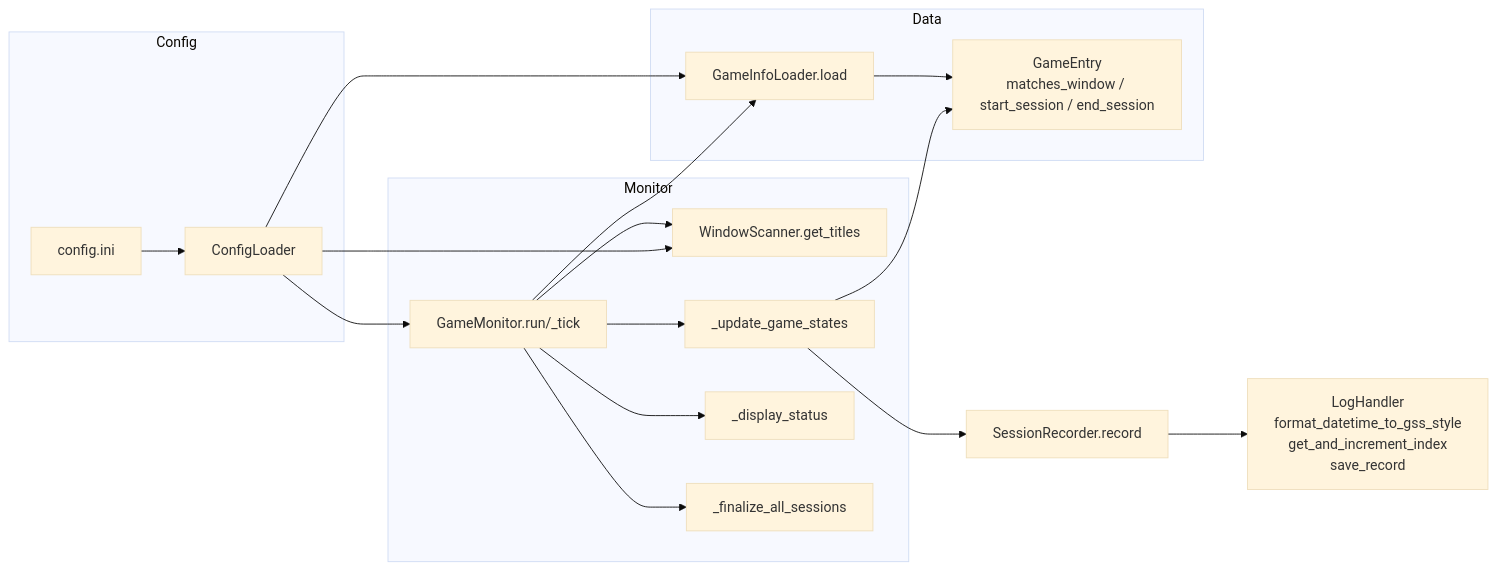
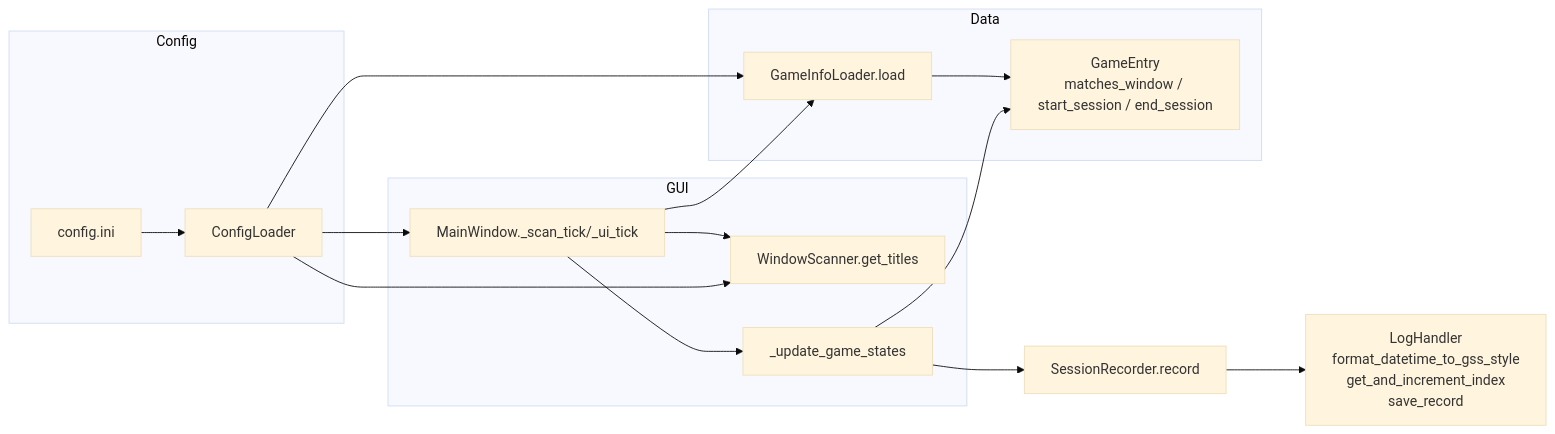
Before and after one commit to ynanigashi/game_time_tracker: the diagram in README.md, drawn with Mermaid (base theme). The commit also changed other lines of this file and 4 other files, not shown here.

````diff
--- a/README.md
+++ b/README.md
@@ -211,29 +189,25 @@
 ```mermaid
 flowchart LR
     subgraph Config
         C[config.ini] --> CL[ConfigLoader]
     end
     subgraph Data
         GIL[GameInfoLoader.load] --> GE[GameEntry<br/>matches_window / start_session / end_session]
     end
-    subgraph Monitor
-        GM[GameMonitor.run/_tick]
+    subgraph GUI
+        MW[MainWindow._scan_tick/_ui_tick]
         WS[WindowScanner.get_titles]
         US[_update_game_states]
-        DS[_display_status]
-        FS[_finalize_all_sessions]
     end
 
-    GM --> WS
-    GM --> US
+    MW --> WS
+    MW --> US
     US --> GE
     US --> SR[SessionRecorder.record]
     SR --> LH[LogHandler<br/>format_datetime_to_gss_style<br/>get_and_increment_index<br/>save_record]
-    GM --> DS
-    GM --> FS
 
-    CL --> GM
+    CL --> MW
     CL --> GIL
     CL --> WS
-    GM --> GIL
+    MW --> GIL
 ```
````
